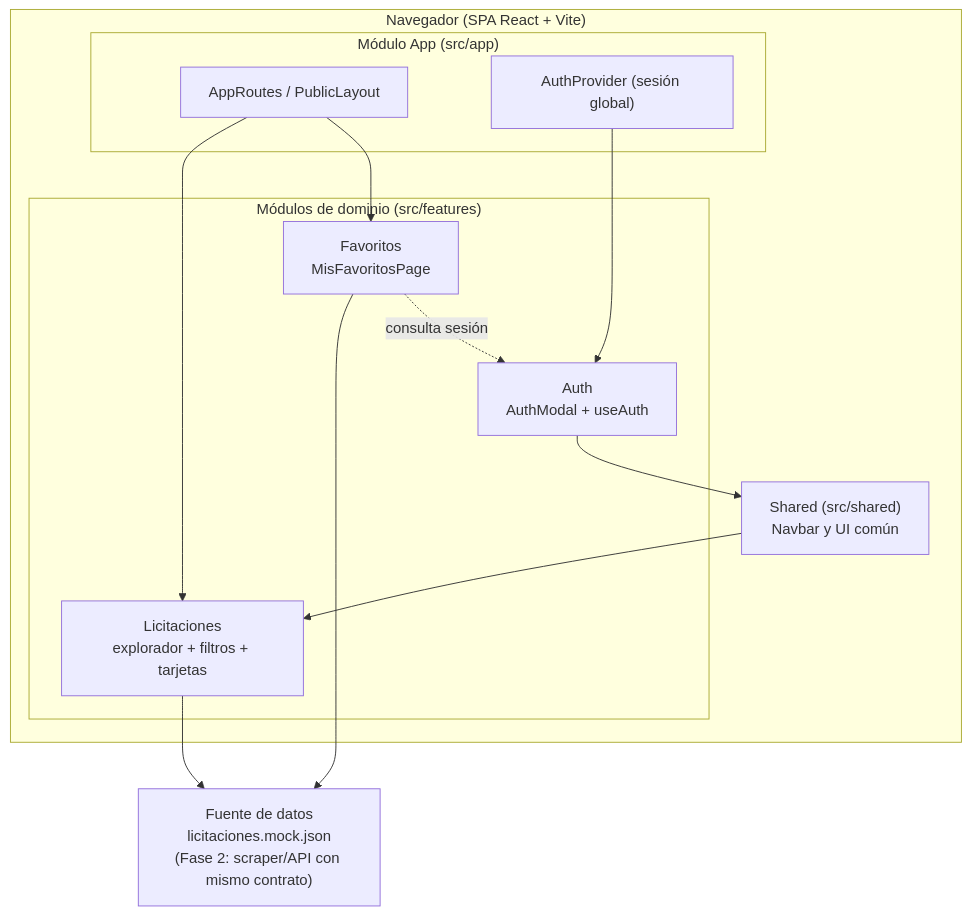
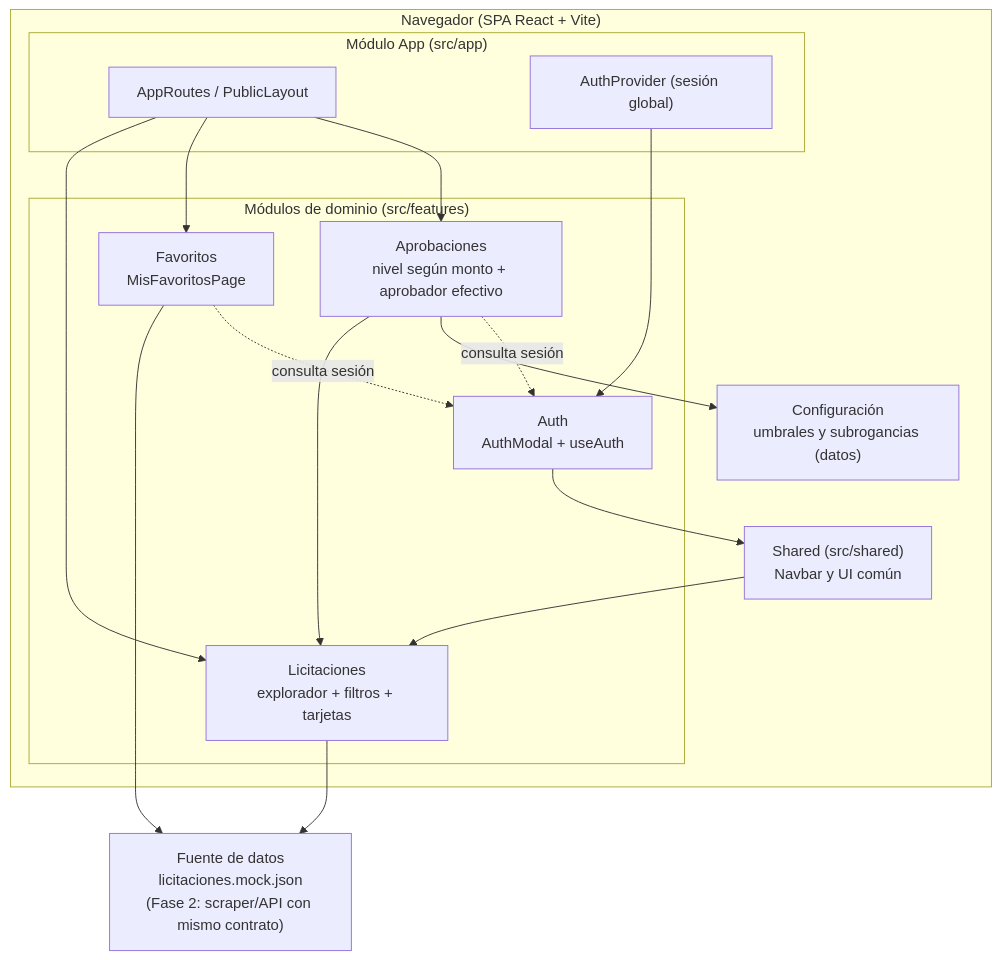
One commit to Wilson-Jara/LicitacionesUV changed the diagram in Arquitectura.md. Above: the diagram before and after it, drawn with Mermaid. The commit also changed other lines of this file, not shown here.

Commit message:
Agrega modulo aprobaciones, decisiones de diseno y trazabilidad para CR-302

````diff
--- a/Arquitectura.md
+++ b/Arquitectura.md
@@ -24,25 +24,31 @@
 ```mermaid
 flowchart TB
     subgraph Cliente["Navegador (SPA React + Vite)"]
         subgraph App["Módulo App (src/app)"]
             Rutas["AppRoutes / PublicLayout"]
             Providers["AuthProvider (sesión global)"]
         end
         subgraph Feats["Módulos de dominio (src/features)"]
             L["Licitaciones<br/>explorador + filtros + tarjetas"]
             A["Auth<br/>AuthModal + useAuth"]
             F["Favoritos<br/>MisFavoritosPage"]
+            AP["Aprobaciones<br/>nivel según monto + aprobador efectivo"]
         end
         Shared["Shared (src/shared)<br/>Navbar y UI común"]
+        Conf["Configuración<br/>umbrales y subrogancias (datos)"]
     end
     Datos["Fuente de datos<br/>licitaciones.mock.json<br/>(Fase 2: scraper/API con mismo contrato)"]
 
     Rutas --> L
     Rutas --> F
+    Rutas --> AP
     Providers --> A
     A --> Shared
     Shared --> L
     L --> Datos
     F --> Datos
+    AP --> L
+    AP --> Conf
+    AP -.consulta sesión.-> A
     F -.consulta sesión.-> A
 ```
````
